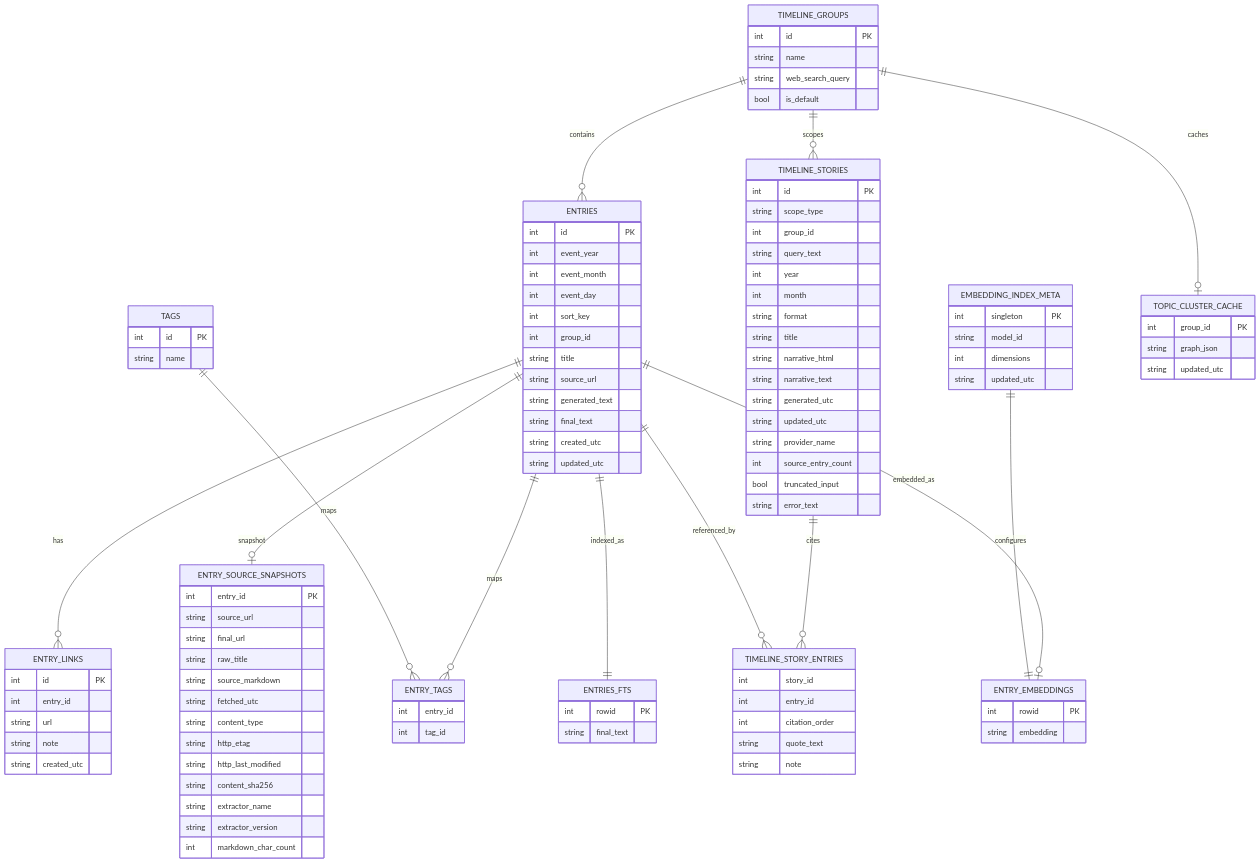
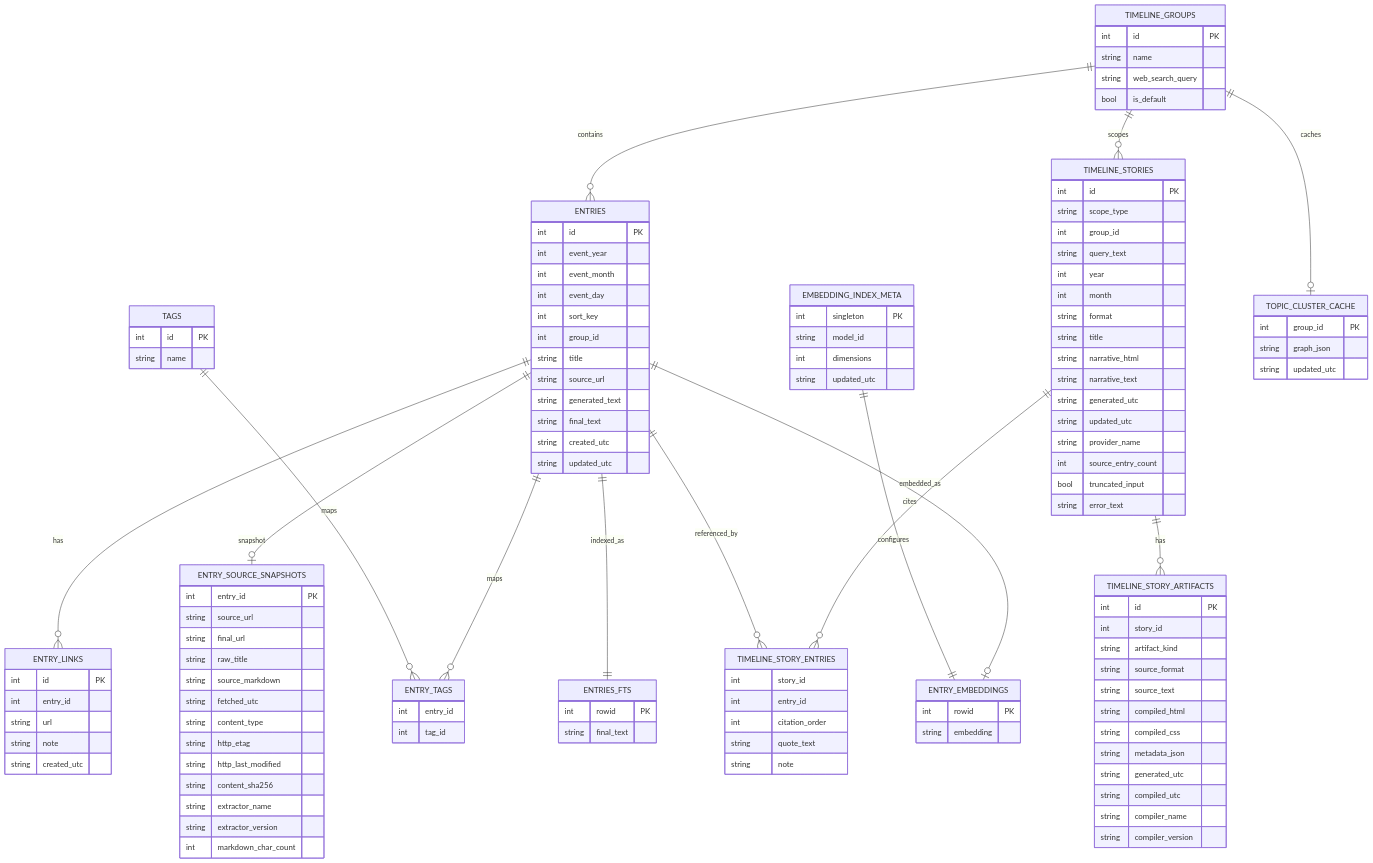
One commit to dtomyn/EventTracker changed the third of 3 diagrams in README.md. Above: the diagram before and after it, drawn with Mermaid. The commit also changed other lines of this file and 39 other files, not shown here.

```diff
--- a/README.md
+++ b/README.md
@@ -355,6 +377,21 @@
     string note
   }
 
+  TIMELINE_STORY_ARTIFACTS {
+    int id PK
+    int story_id
+    string artifact_kind
+    string source_format
+    string source_text
+    string compiled_html
+    string compiled_css
+    string metadata_json
+    string generated_utc
+    string compiled_utc
+    string compiler_name
+    string compiler_version
+  }
+
   ENTRIES_FTS {
     int rowid PK
     string final_text
@@ -385,6 +422,7 @@
   TAGS ||--o{ ENTRY_TAGS : maps
   TIMELINE_GROUPS ||--o{ TIMELINE_STORIES : scopes
   TIMELINE_STORIES ||--o{ TIMELINE_STORY_ENTRIES : cites
+  TIMELINE_STORIES ||--o{ TIMELINE_STORY_ARTIFACTS : has
   ENTRIES ||--o{ TIMELINE_STORY_ENTRIES : referenced_by
   ENTRIES ||--|| ENTRIES_FTS : indexed_as
   ENTRIES ||--o| ENTRY_EMBEDDINGS : embedded_as
```
